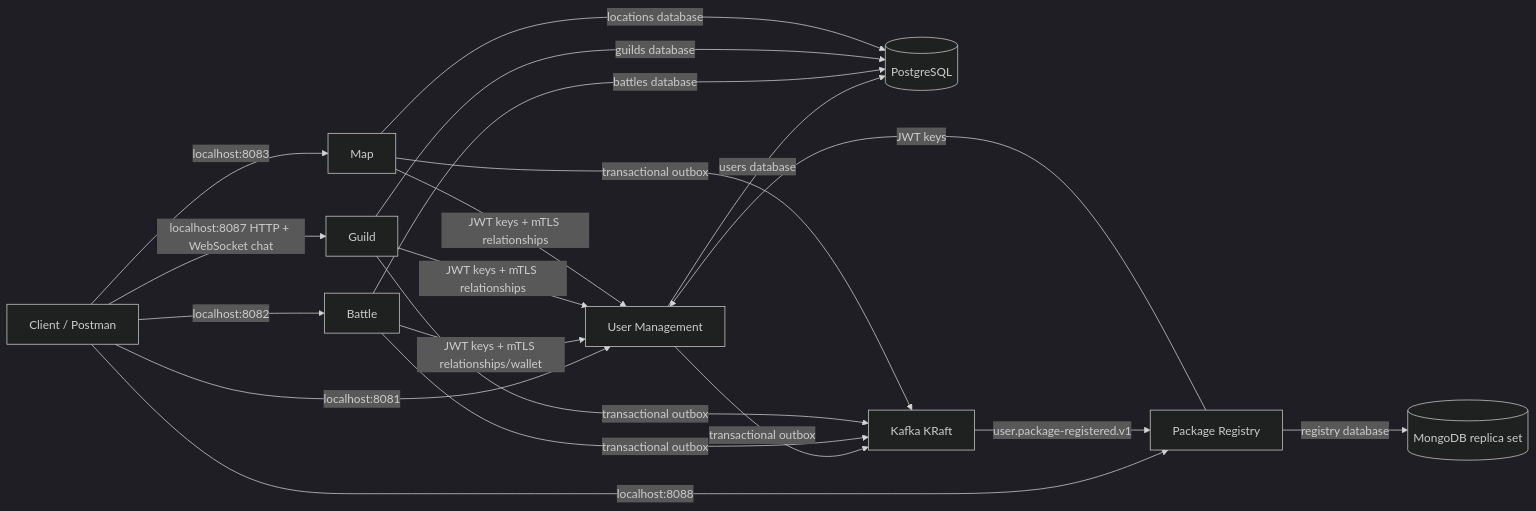
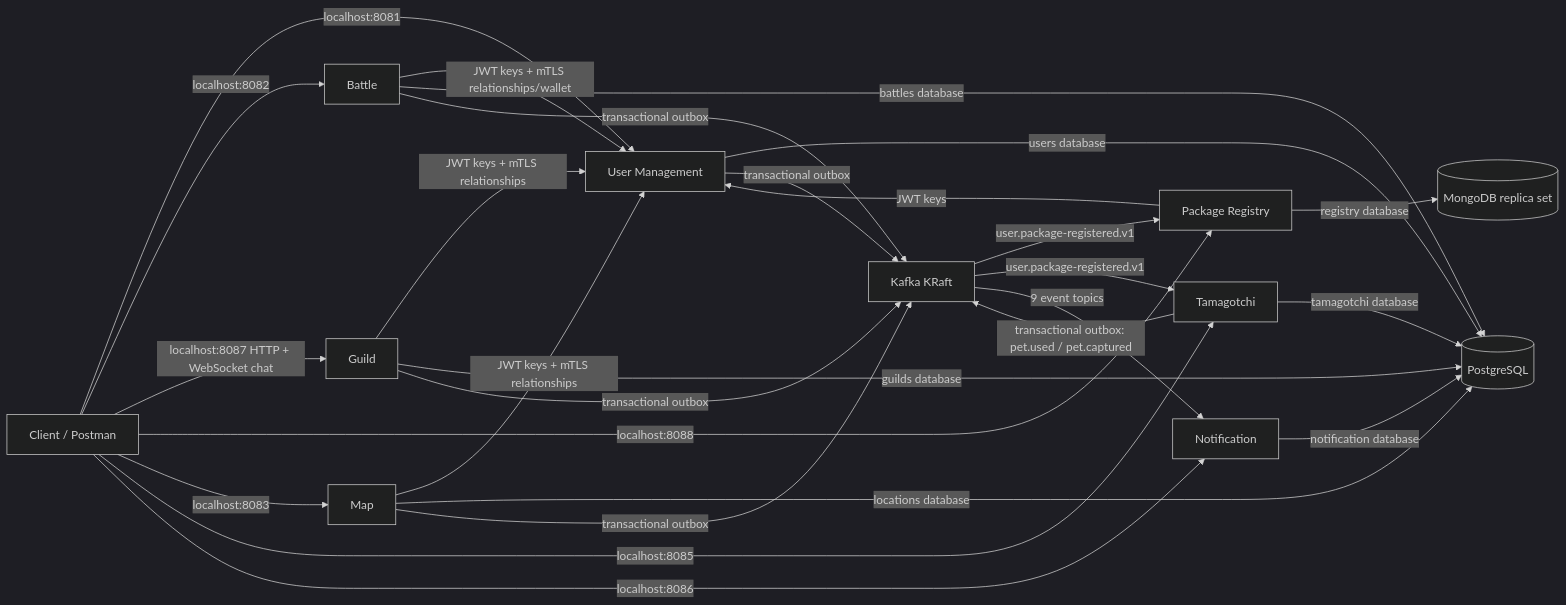
One commit to AlexDandy77/tamagotchi-go changed the first of 2 diagrams in ARCHITECTURE.md. Above: the diagram before and after it, drawn with Mermaid (dark theme). The commit also changed other lines of this file and 9 other files, not shown here.

First line of the commit message:
feat(common): Tamagotchi + Notification into the lab deployment

````diff
--- a/ARCHITECTURE.md
+++ b/ARCHITECTURE.md
@@ -7,22 +7,29 @@
 ```mermaid
 flowchart LR
   C[Client / Postman] -->|localhost:8081| U[User Management]
   C -->|localhost:8082| B[Battle]
   B -->|JWT keys + mTLS relationships/wallet| U
   U -->|users database| P[(PostgreSQL)]
   B -->|battles database| P
   U -->|transactional outbox| K[Kafka KRaft]
   B -->|transactional outbox| K
   C -->|localhost:8087 HTTP + WebSocket chat| G[Guild]
   C -->|localhost:8088| R[Package Registry]
   G -->|JWT keys + mTLS relationships| U
   R -->|JWT keys| U
   G -->|guilds database| P
   G -->|transactional outbox| K
   R -->|registry database| M[(MongoDB replica set)]
   K -->|user.package-registered.v1| R
   C -->|localhost:8083| MP[Map]
   MP -->|JWT keys + mTLS relationships| U
   MP -->|locations database| P
   MP -->|transactional outbox| K
+  C -->|localhost:8085| T[Tamagotchi]
+  C -->|localhost:8086| N[Notification]
+  T -->|tamagotchi database| P
+  N -->|notification database| P
+  K -->|user.package-registered.v1| T
+  T -->|transactional outbox: pet.used / pet.captured| K
+  K -->|9 event topics| N
 ```
````
